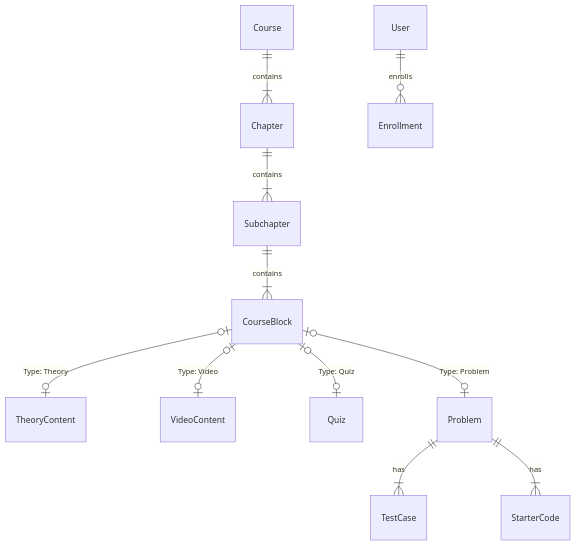
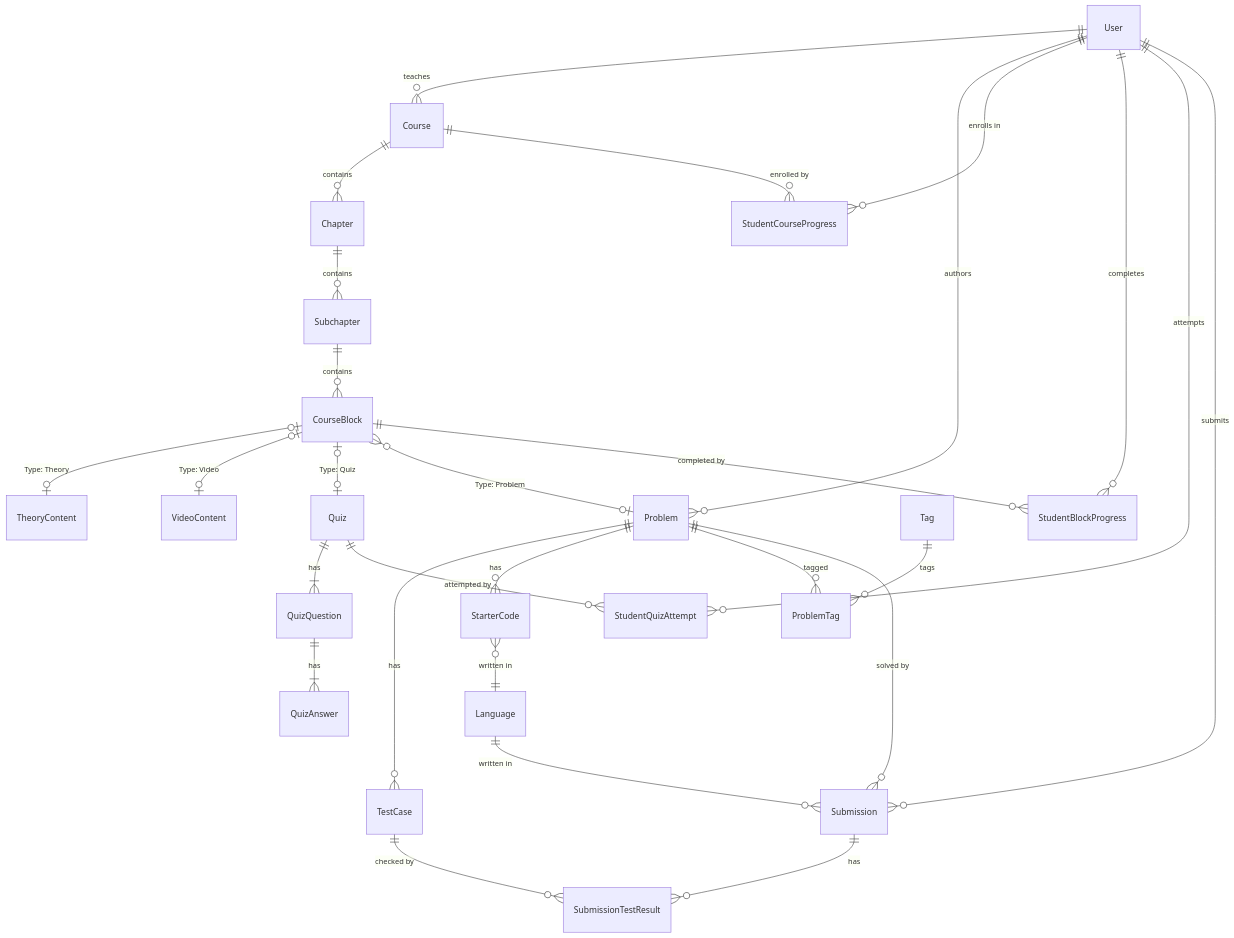
One commit to yarmatss/CodeLearning changed the second of 4 diagrams in README.md. Above: the diagram before and after it, drawn with Mermaid. The commit also changed other lines of this file and 26 other files, not shown here.

````diff
--- a/README.md
+++ b/README.md
@@ -96,16 +108,35 @@
 ```mermaid
 erDiagram
-    Course ||--|{ Chapter : contains
-    Chapter ||--|{ Subchapter : contains
-    Subchapter ||--|{ CourseBlock : contains
+    User ||--o{ Course : teaches
+    Course ||--o{ Chapter : contains
+    Chapter ||--o{ Subchapter : contains
+    Subchapter ||--o{ CourseBlock : contains
 
     CourseBlock |o--o| TheoryContent : "Type: Theory"
     CourseBlock |o--o| VideoContent : "Type: Video"
     CourseBlock |o--o| Quiz : "Type: Quiz"
-    CourseBlock |o--o| Problem : "Type: Problem"
+    CourseBlock }o--o| Problem : "Type: Problem"
 
-    Problem ||--|{ TestCase : has
-    Problem ||--|{ StarterCode : has
-    
-    User ||--o{ Enrollment : enrolls
+    Quiz ||--|{ QuizQuestion : has
+    QuizQuestion ||--|{ QuizAnswer : has
+
+    User ||--o{ Problem : authors
+    Problem ||--o{ TestCase : has
+    Problem ||--o{ StarterCode : has
+    StarterCode }o--|| Language : "written in"
+    Problem ||--o{ ProblemTag : tagged
+    Tag ||--o{ ProblemTag : tags
+
+    User ||--o{ StudentCourseProgress : "enrolls in"
+    Course ||--o{ StudentCourseProgress : "enrolled by"
+    User ||--o{ StudentBlockProgress : completes
+    CourseBlock ||--o{ StudentBlockProgress : "completed by"
+    User ||--o{ StudentQuizAttempt : attempts
+    Quiz ||--o{ StudentQuizAttempt : "attempted by"
+
+    User ||--o{ Submission : submits
+    Problem ||--o{ Submission : "solved by"
+    Language ||--o{ Submission : "written in"
+    Submission ||--o{ SubmissionTestResult : has
+    TestCase ||--o{ SubmissionTestResult : "checked by"
 ```
````
